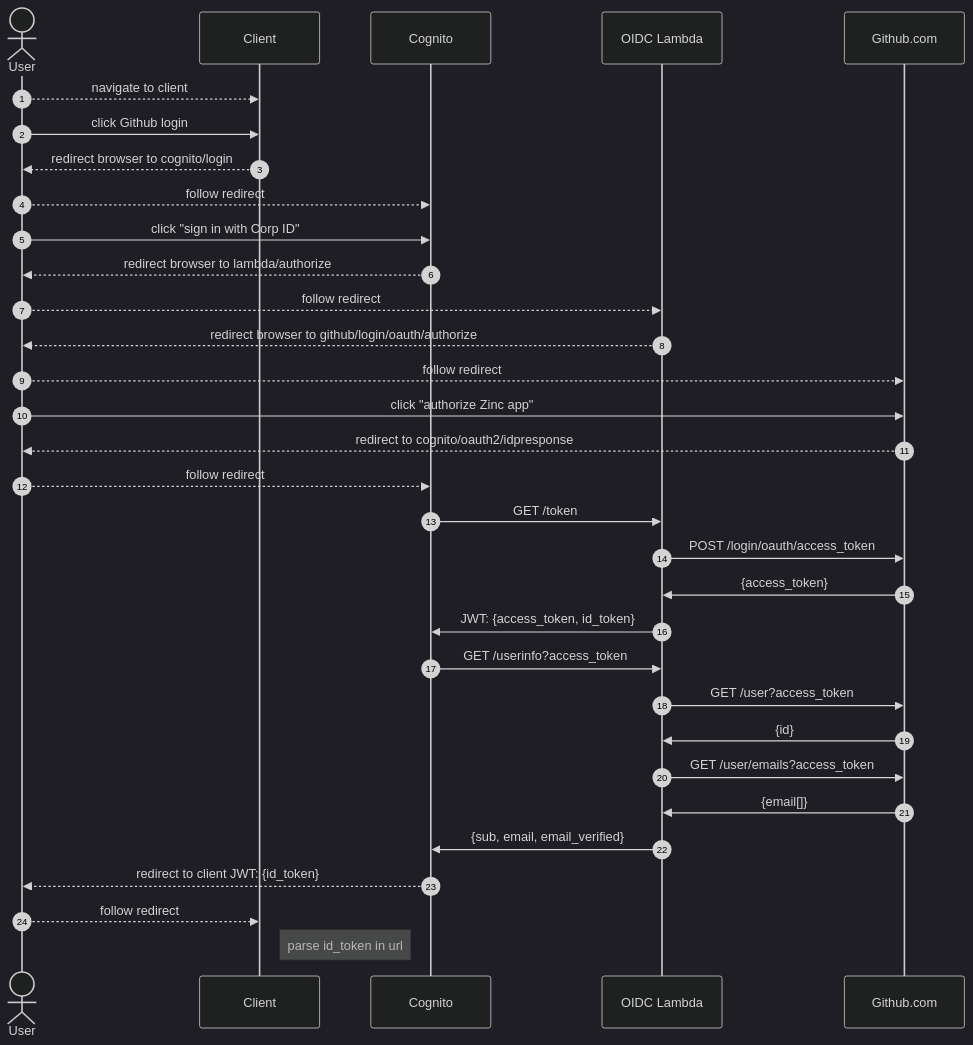
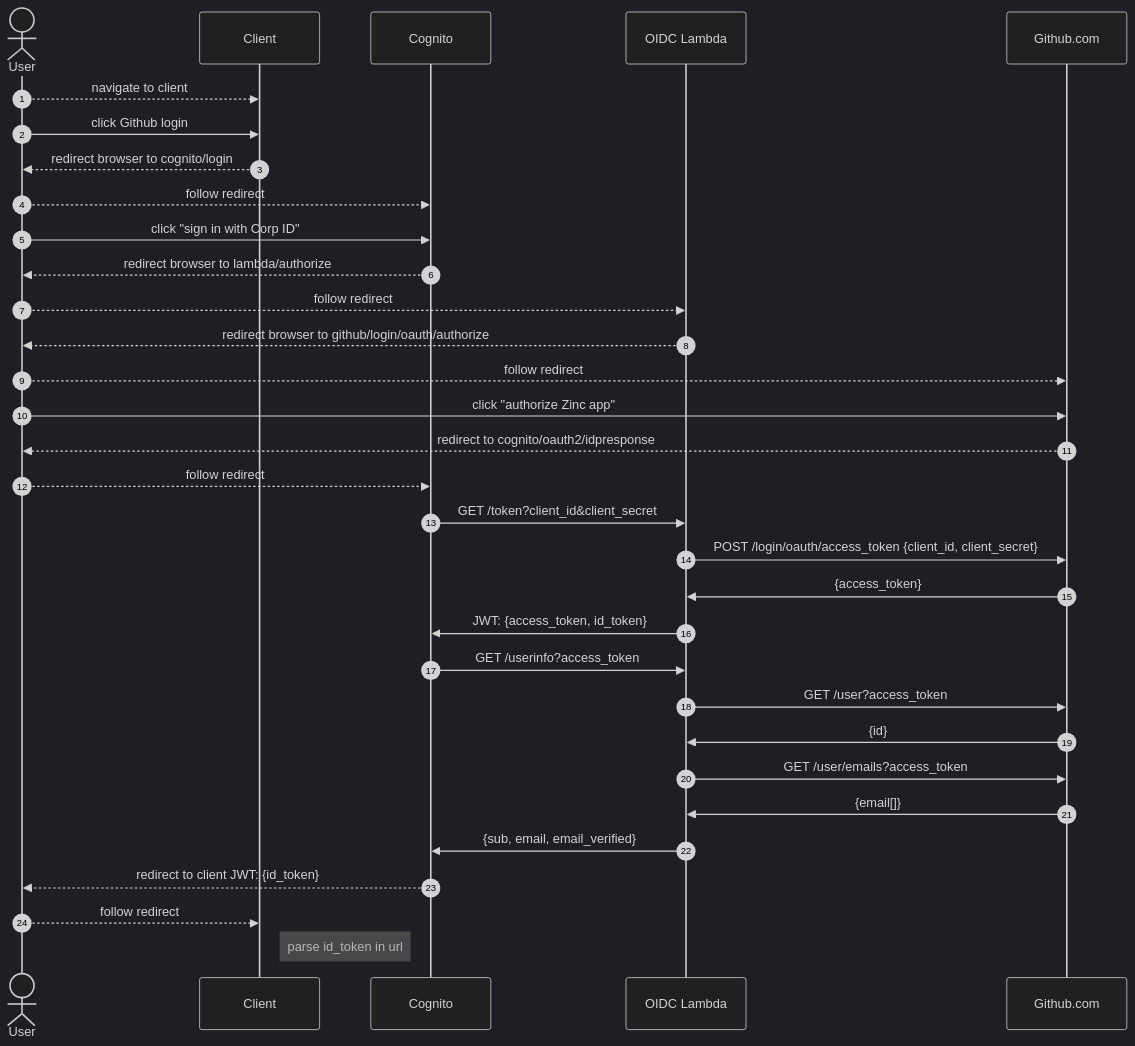
One commit to shorn/zinc changed the diagram in aws-infra/lambda/doc/cognito-github.md. Above: the diagram before and after it, drawn with Mermaid (dark theme).

````diff
--- a/aws-infra/lambda/doc/cognito-github.md
+++ b/aws-infra/lambda/doc/cognito-github.md
@@ -47,36 +47,36 @@
 ```mermaid
 sequenceDiagram
     autonumber
     actor user as User
     participant client as Client
     participant cognito as Cognito
     participant lambda as OIDC Lambda
     participant github as Github.com
     
     user-->>client: navigate to client
     user->>client: click Github login
     client-->>user: redirect browser to cognito/login
     user-->>cognito: follow redirect
     user->>cognito: click "sign in with Corp ID"
     cognito-->>user: redirect browser to lambda/authorize
     user-->>lambda: follow redirect
     lambda-->>user: redirect browser to github/login/oauth/authorize
     user-->>github: follow redirect
     user->>github: click "authorize Zinc app"
     github-->>user: redirect to cognito/oauth2/idpresponse
     user-->>cognito: follow redirect
-    cognito->>lambda: GET /token
-    lambda->>github: POST /login/oauth/access_token
+    cognito->>lambda: GET /token?client_id&client_secret
+    lambda->>github: POST /login/oauth/access_token {client_id, client_secret}
     github->>lambda: {access_token}
     lambda->>cognito: JWT: {access_token, id_token}
     cognito->>lambda: GET /userinfo?access_token
     lambda->>github: GET /user?access_token
     github->>lambda: {id}
     lambda->>github: GET /user/emails?access_token
     github->>lambda: {email[]}
     lambda->>cognito: {sub, email, email_verified}
     cognito-->>user: redirect to client JWT: {id_token}
     user-->>client: follow redirect
     Note right of client: parse id_token in url
 
 ```
````
